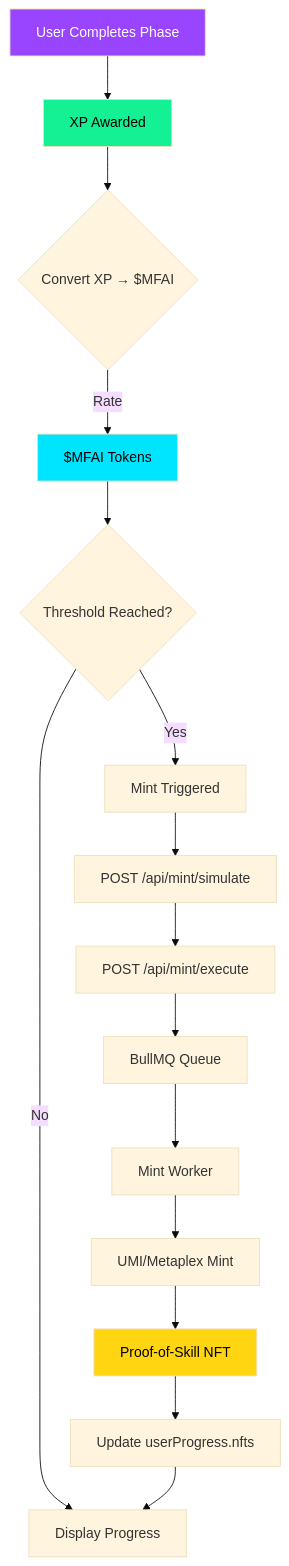
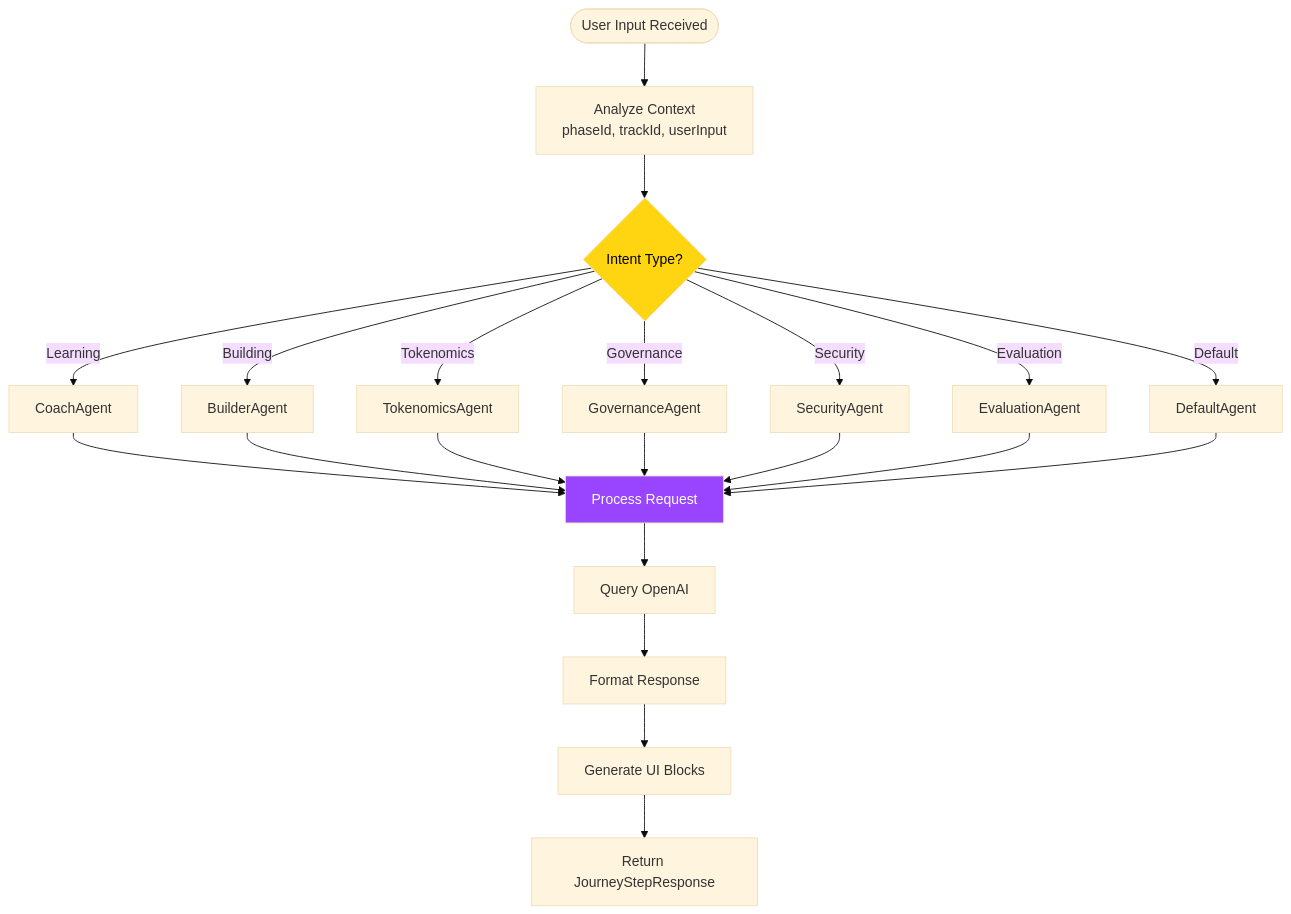
Before and after one commit to cyranoaladin/journey-simulator: the fourth of 14 diagrams in docs/ARCHITECTURE_DIAGRAMS.md, drawn with Mermaid (base theme). The commit also changed other lines of this file and 302 other files, not shown here.

````diff
--- a/docs/ARCHITECTURE_DIAGRAMS.md
+++ b/docs/ARCHITECTURE_DIAGRAMS.md
@@ -189,24 +158,29 @@
 ```mermaid
-graph TD
-    Start[User Completes Phase] --> XP[XP Awarded]
-    XP --> Convert{Convert XP → $MFAI}
-    Convert -->|Rate| MFAI[$MFAI Tokens]
-    MFAI --> Check{Threshold Reached?}
+flowchart TD
+    Start([User Input Received]) --> Analyze[Analyze Context<br/>phaseId, trackId, userInput]
+    Analyze --> Intent{Intent Type?}
 
-    Check -->|No| Display[Display Progress]
-    Check -->|Yes| Trigger[Mint Triggered]
+    Intent -->|Learning| Coach[CoachAgent]
+    Intent -->|Building| Builder[BuilderAgent]
+    Intent -->|Tokenomics| Tokenomics[TokenomicsAgent]
+    Intent -->|Governance| Governance[GovernanceAgent]
+    Intent -->|Security| Security[SecurityAgent]
+    Intent -->|Evaluation| Eval[EvaluationAgent]
+    Intent -->|Default| Default[DefaultAgent]
 
-    Trigger --> Simulate[POST /api/mint/simulate]
-    Simulate --> Execute[POST /api/mint/execute]
-    Execute --> Queue[BullMQ Queue]
-    Queue --> Worker[Mint Worker]
-    Worker --> Mint[UMI/Metaplex Mint]
-    Mint --> NFT[Proof-of-Skill NFT]
-    NFT --> Update[Update userProgress.nfts]
-    Update --> Display
+    Coach --> Process[Process Request]
+    Builder --> Process
+    Tokenomics --> Process
+    Governance --> Process
+    Security --> Process
+    Eval --> Process
+    Default --> Process
 
-    style Start fill:#9945FF,color:#fff
-    style XP fill:#14F195,color:#000
-    style MFAI fill:#00E5FF,color:#000
-    style NFT fill:#FFD512,color:#000
+    Process --> LLM[Query OpenAI]
+    LLM --> Format[Format Response]
+    Format --> Blocks[Generate UI Blocks]
+    Blocks --> Return[Return JourneyStepResponse]
+
+    style Intent fill:#ffd512,color:#000
+    style Process fill:#9945ff,color:#fff
 ```
````
